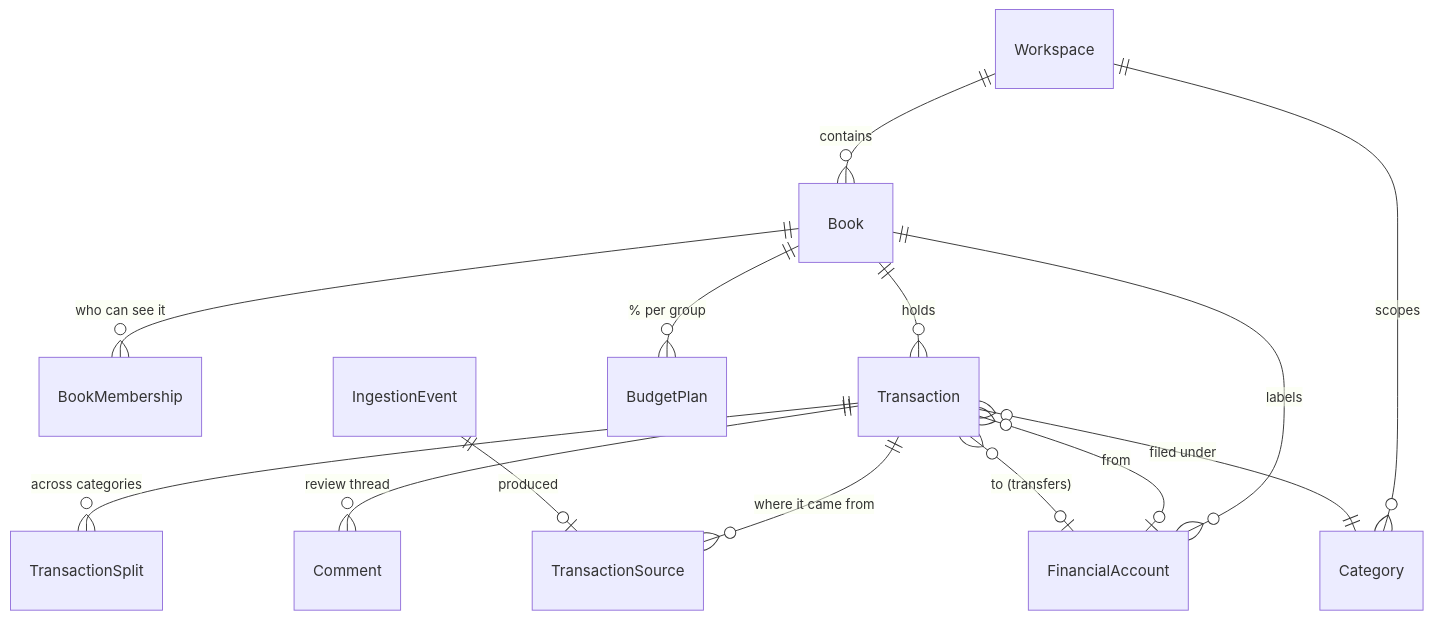
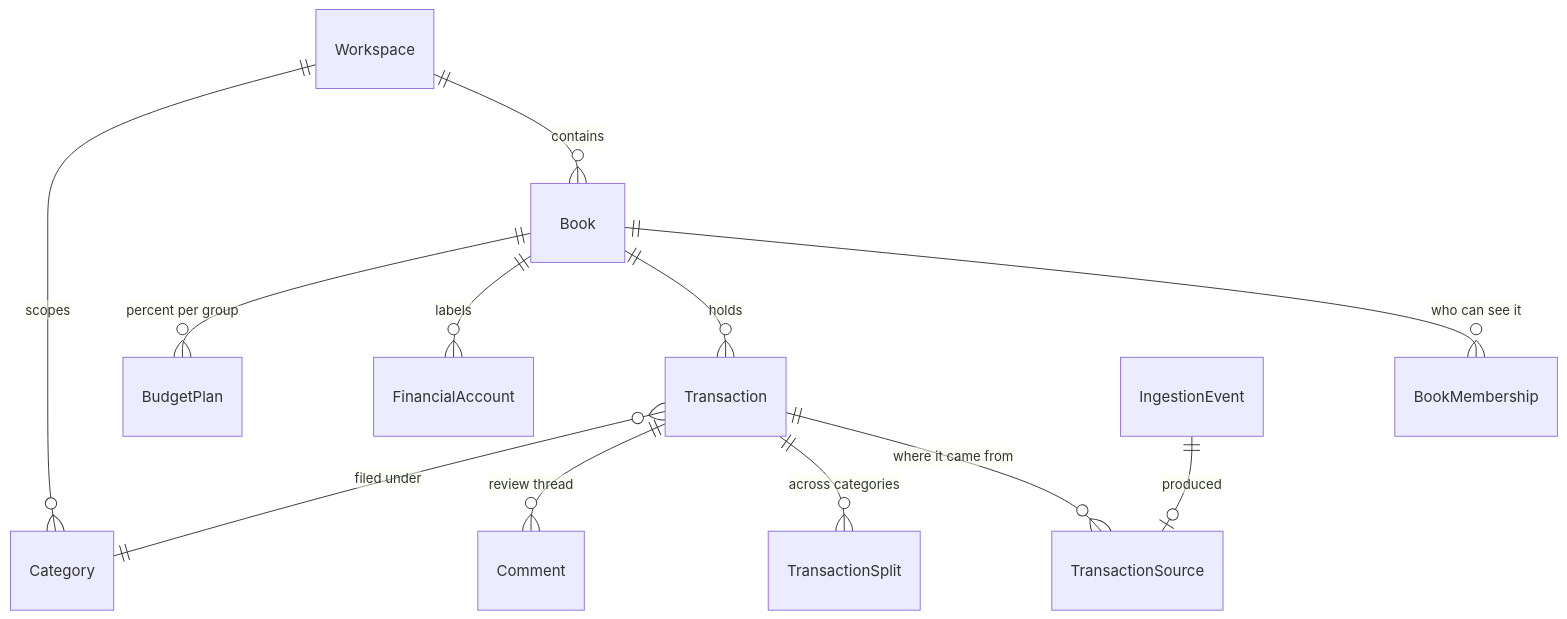
Before and after one commit to EasyLance/paisa: the third of 4 diagrams in docs/architecture.md, drawn with Mermaid. The commit also changed other lines of this file and 5 other files, not shown here.

````diff
--- a/docs/architecture.md
+++ b/docs/architecture.md
@@ -115,16 +157,14 @@
 ```mermaid
 erDiagram
     Workspace ||--o{ Book : contains
-    Workspace ||--o{ Category : "scopes"
+    Workspace ||--o{ Category : scopes
     Book ||--o{ BookMembership : "who can see it"
     Book ||--o{ Transaction : holds
     Book ||--o{ FinancialAccount : labels
-    Book ||--o{ BudgetPlan : "% per group"
+    Book ||--o{ BudgetPlan : "percent per group"
     Transaction ||--o{ TransactionSource : "where it came from"
     Transaction ||--o{ TransactionSplit : "across categories"
     Transaction ||--o{ Comment : "review thread"
     Transaction }o--|| Category : "filed under"
-    Transaction }o--o| FinancialAccount : "from"
-    Transaction }o--o| FinancialAccount : "to (transfers)"
-    IngestionEvent ||--o| TransactionSource : "produced"
+    IngestionEvent ||--o| TransactionSource : produced
 ```
````
